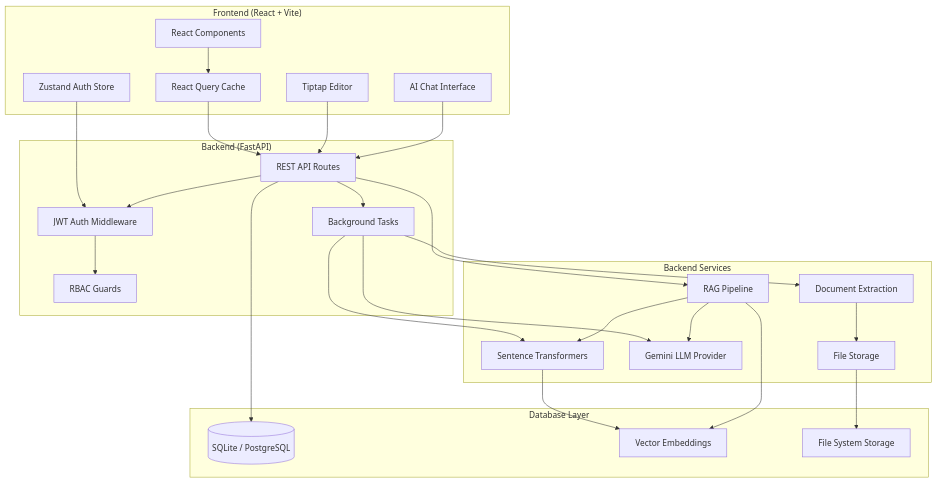
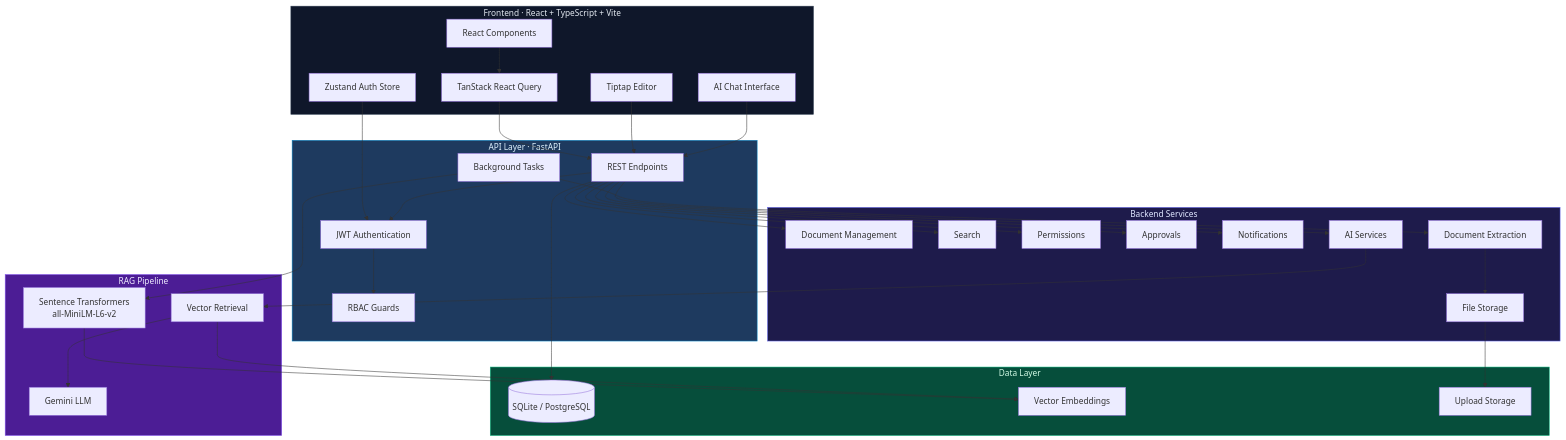
One commit to Riwitika/AI-Powered-Enterprise-Knowledge-Document-Management-System-DMS- changed the third of 5 diagrams in README.md. Above: the diagram before and after it, drawn with Mermaid. The commit also changed other lines of this file, not shown here.

````diff
--- a/README.md
+++ b/README.md
@@ -122,46 +161,58 @@
 ```mermaid
-graph TB
-    subgraph Frontend["Frontend (React + Vite)"]
+flowchart TB
+    subgraph Frontend["Frontend · React + TypeScript + Vite"]
         UI[React Components]
-        RQ[React Query Cache]
+        RQ[TanStack React Query]
         ZS[Zustand Auth Store]
         TE[Tiptap Editor]
         AI_UI[AI Chat Interface]
     end
 
-    subgraph Backend["Backend (FastAPI)"]
-        API[REST API Routes]
-        AUTH[JWT Auth Middleware]
+    subgraph API["API Layer · FastAPI"]
+        AUTH[JWT Authentication]
         RBAC[RBAC Guards]
+        ROUTES[REST Endpoints]
         BG[Background Tasks]
     end
 
     subgraph Services["Backend Services"]
-        RAG[RAG Pipeline]
-        EMB[Sentence Transformers]
-        LLM[Gemini LLM Provider]
+        DM[Document Management]
+        SR[Search]
+        PM[Permissions]
+        AP[Approvals]
+        NT[Notifications]
+        AI_SVC[AI Services]
         EXT[Document Extraction]
         STR[File Storage]
     end
 
-    subgraph Database["Database Layer"]
+    subgraph Data["Data Layer"]
         DB[(SQLite / PostgreSQL)]
         VEC[Vector Embeddings]
-        FS[File System Storage]
+        FS[Upload Storage]
     end
 
-    UI --> RQ --> API
+    subgraph RAG["RAG Pipeline"]
+        EMB[Sentence Transformers<br/>all-MiniLM-L6-v2]
+        RET[Vector Retrieval]
+        GEM[Gemini LLM]
+    end
+
+    UI --> RQ --> ROUTES
     ZS --> AUTH
-    TE --> API
-    AI_UI --> API
-    API --> AUTH --> RBAC
-    API --> BG
+    TE --> ROUTES
+    AI_UI --> ROUTES
+    ROUTES --> AUTH --> RBAC
+    ROUTES --> DM & SR & PM & AP & NT & AI_SVC
     BG --> EXT --> STR --> FS
     BG --> EMB --> VEC
-    BG --> LLM
-    RAG --> EMB
-    RAG --> LLM
-    RAG --> VEC
-    API --> RAG
-    API --> DB
+    AI_SVC --> RET --> GEM
+    RET --> VEC
+    ROUTES --> DB
+
+    style Frontend fill:#0f172a,stroke:#334155,color:#e2e8f0
+    style API fill:#1e3a5f,stroke:#0284c7,color:#e0f2fe
+    style Services fill:#1e1b4b,stroke:#6366f1,color:#e0e7ff
+    style Data fill:#064e3b,stroke:#10b981,color:#d1fae5
+    style RAG fill:#4c1d95,stroke:#8b5cf6,color:#ede9fe
 ```
````
